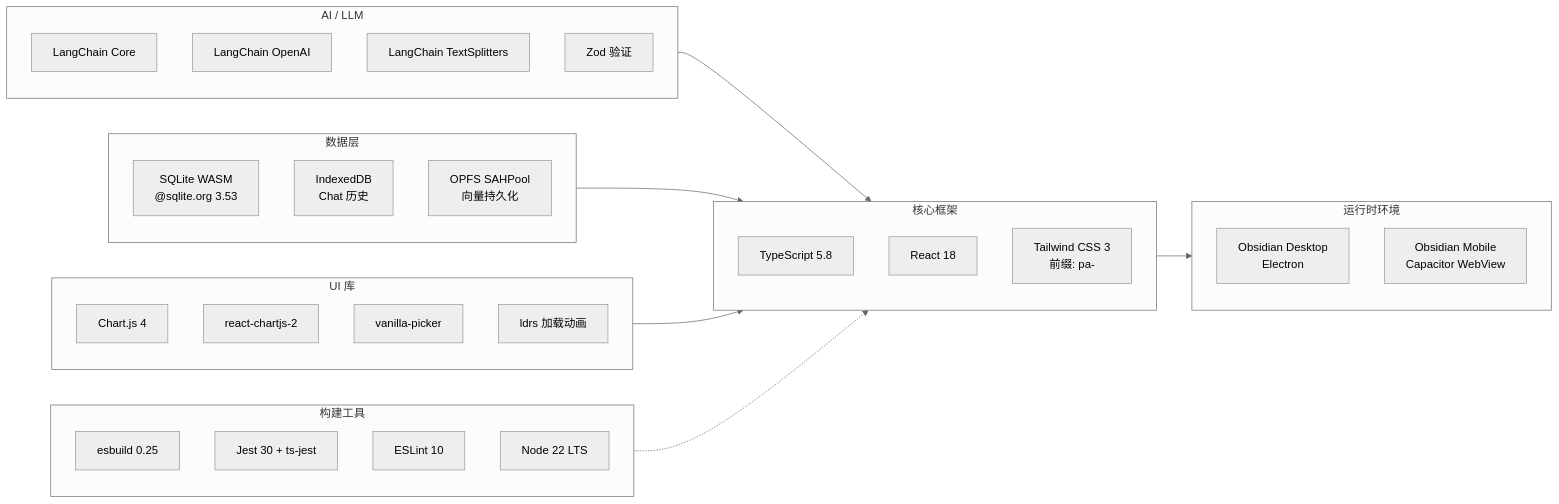
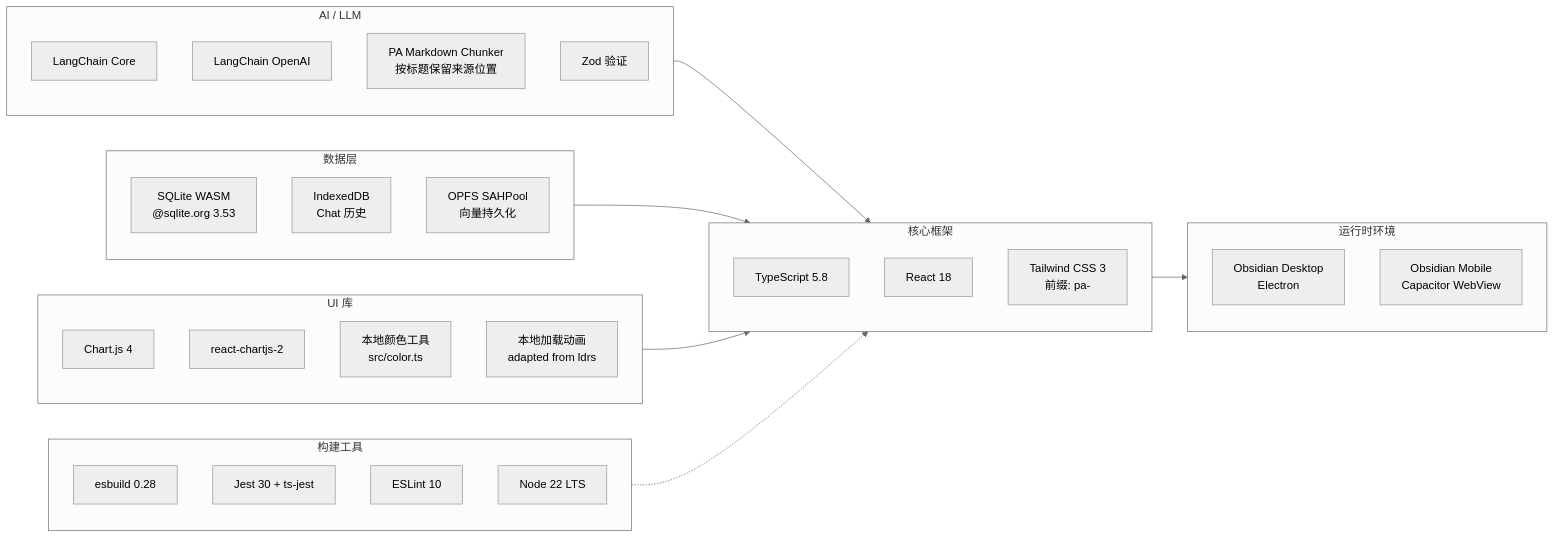
The second of 14 diagrams in docs/architecture/architecture-overview.md (edonyzpc/personal-assistant), drawn with Mermaid (neutral theme) before and after one commit. The commit also changed other lines of this file and 37 other files, not shown here.

````diff
--- a/docs/architecture/architecture-overview.md
+++ b/docs/architecture/architecture-overview.md
@@ -107,46 +110,46 @@
 ```mermaid
 graph LR
     subgraph Runtime["运行时环境"]
         OBS[Obsidian Desktop<br/>Electron]
         MOB[Obsidian Mobile<br/>Capacitor WebView]
     end
 
     subgraph Core["核心框架"]
         TS[TypeScript 5.8]
         R18[React 18]
         TW[Tailwind CSS 3<br/>前缀: pa-]
     end
 
     subgraph AI["AI / LLM"]
         LC[LangChain Core]
         LCO[LangChain OpenAI]
-        LCT[LangChain TextSplitters]
+        CHUNKER[PA Markdown Chunker<br/>按标题保留来源位置]
         ZOD[Zod 验证]
     end
 
     subgraph Data["数据层"]
         SQ[SQLite WASM<br/>@sqlite.org 3.53]
         IDB[IndexedDB<br/>Chat 历史]
         OPFS[OPFS SAHPool<br/>向量持久化]
     end
 
     subgraph Build["构建工具"]
-        ESB[esbuild 0.25]
+        ESB[esbuild 0.28]
         JEST[Jest 30 + ts-jest]
         ESL[ESLint 10]
         NV[Node 22 LTS]
     end
 
     subgraph UI["UI 库"]
         CJS[Chart.js 4]
         RCJ[react-chartjs-2]
-        VP[vanilla-picker]
-        LDRS[ldrs 加载动画]
+        VP[本地颜色工具<br/>src/color.ts]
+        LDRS[本地加载动画<br/>adapted from ldrs]
     end
 
     Core --> Runtime
     AI --> Core
     Data --> Core
     UI --> Core
     Build -.-> Core
 ```
````
